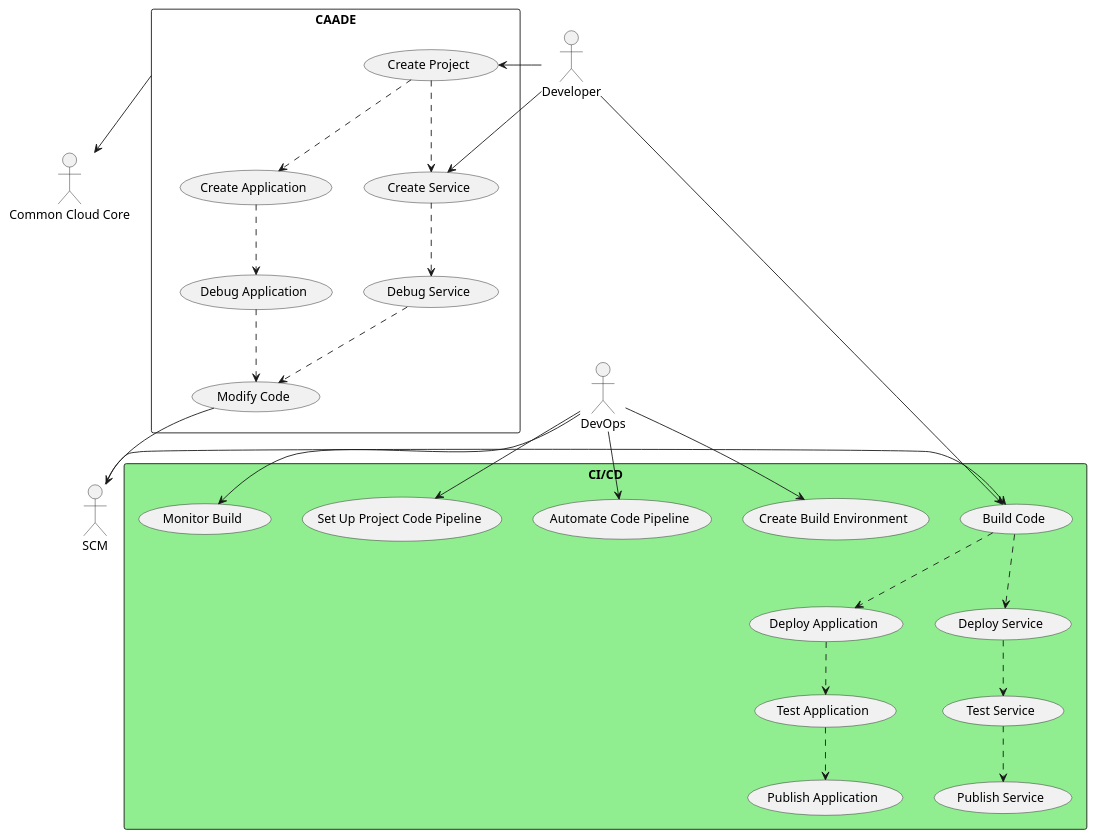
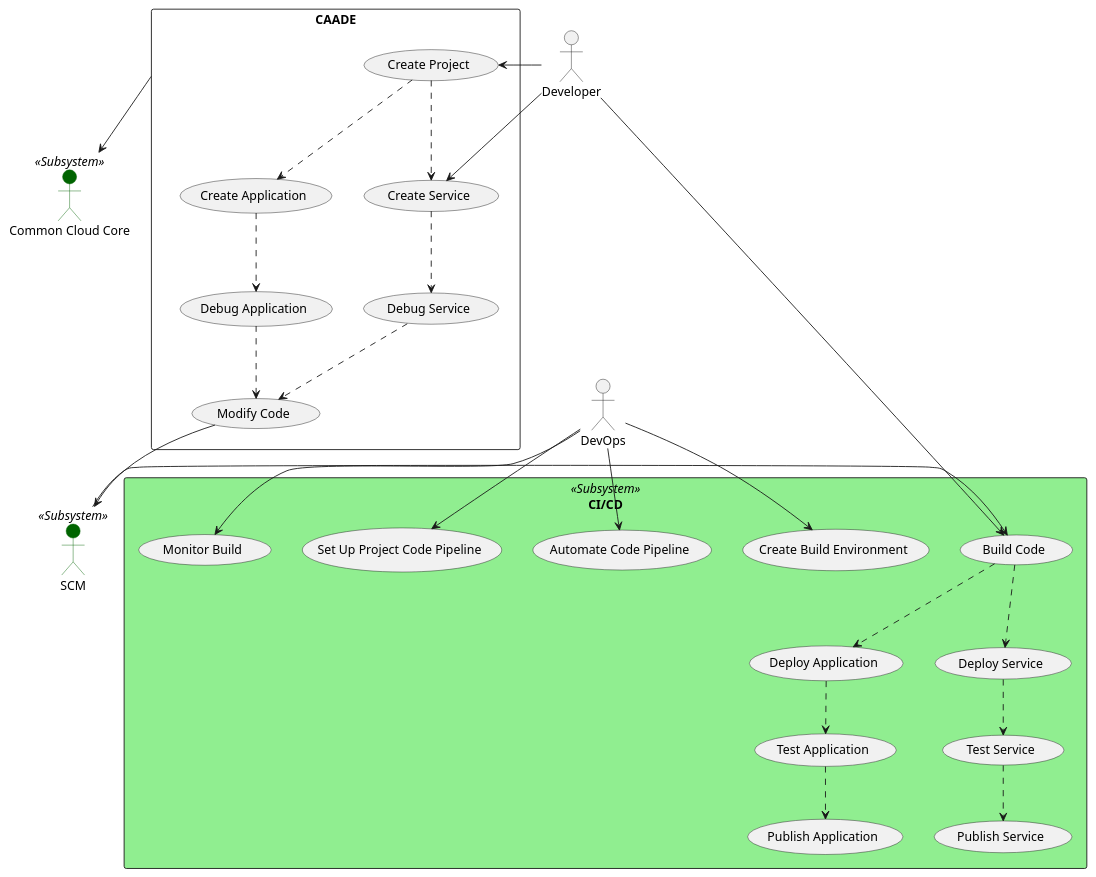
One commit to CAADE/CAADE changed the diagram in docs/UseCases/DetailedUseCases.puml. Above: the diagram before and after it, drawn with PlantUML. The commit also changed 16 other files, not shown here.

```diff
--- a/docs/UseCases/DetailedUseCases.puml
+++ b/docs/UseCases/DetailedUseCases.puml
@@ -1,55 +1,61 @@
 @startuml
+
+skinparam actor {
+    BorderColor<<Subsystem>> darkgreen
+    BackgroundColor<<Subsystem>> darkgreen
+
+}
 
 :Developer: as Dev
 :DevOps: as DevOps
-:Common Cloud Core: as C3
-:SCM: as SCM
-:CI/CD: as CICD
+:Common Cloud Core: <<Subsystem>> as C3
+:SCM: <<Subsystem>> as SCM
+:CI/CD: <<Subsystem>> as CICD
 
 rectangle CAADE {
     (Create Application) as CA
     (Create Service) as CM
     (Create Project) as CP
     (Debug Application) as DA
     (Debug Service) as DM
     (Modify Code) as MC
     rectangle CICD #lightgreen {
         (Deploy Application) as DpA
         (Deploy Service) as DpM
         (Publish Application) as PA
         (Publish Service) as PM
         (Test Application) as TA
         (Test Service) as TM
         (Create Build Environment) as CBE
         (Automate Code Pipeline) as ACP
         (Set Up Project Code Pipeline) as SUPCP
         (Build Code) as BC
         (Monitor Build) as MB
     }
 }
 
 DevOps --> ACP
 DevOps --> SUPCP
 DevOps --> CBE
 DevOps --> MB
 Dev -> CP
 CP ..> CA
 Dev --> CM
 CP ..> CM
 CA ..> DA
 CM ..> DM
 DM ..> MC
 DA ..> MC
 CAADE --> C3
 BC ..> DpA
 BC ..> DpM
 MC --> SCM
 SCM -> BC
 Dev --> BC
 DpA ..> TA
 DpM ..> TM
 TA ..> PA
 TM ..> PM
 
 
 @enduml
```
